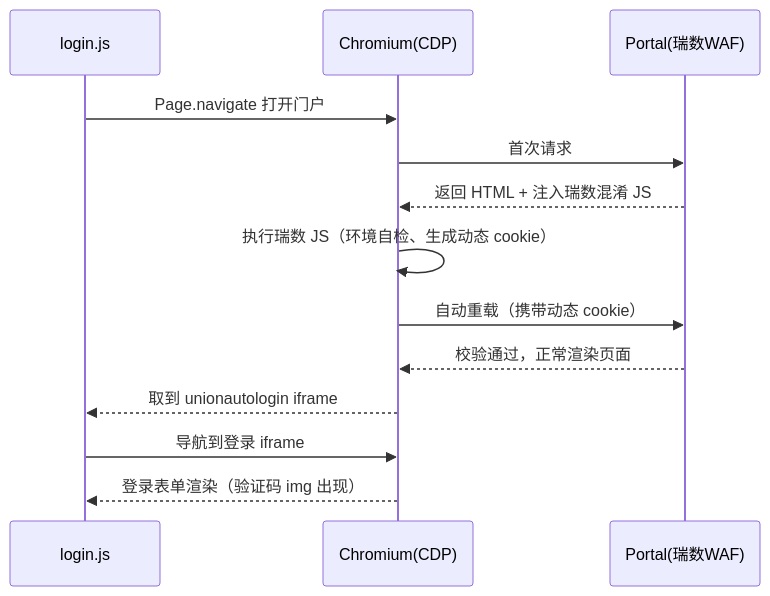
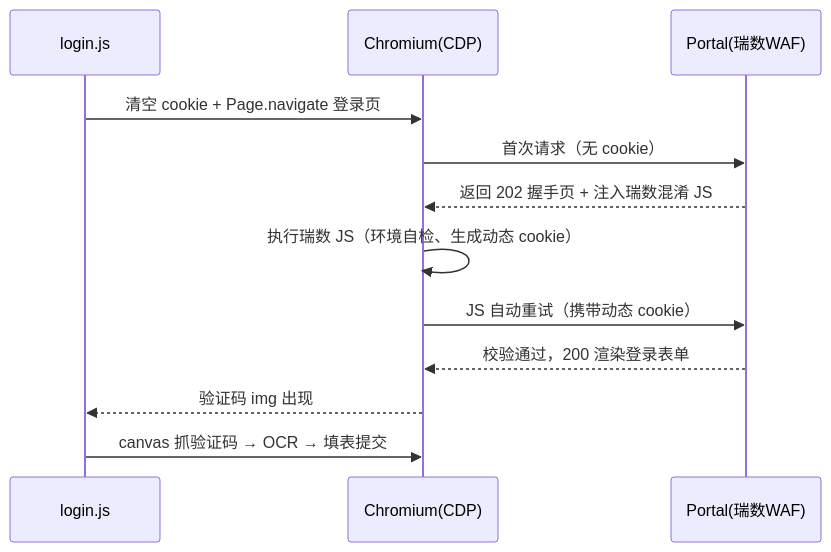
Before and after one commit to MakeBlackSheepGreat/campus-network-auto-login: the third of 4 diagrams in README.md, drawn with Mermaid. The commit also changed other lines of this file and 2 other files, not shown here.

````diff
--- a/README.md
+++ b/README.md
@@ -315,15 +319,14 @@
 ```mermaid
 sequenceDiagram
     participant J as login.js
     participant C as Chromium(CDP)
     participant P as Portal(瑞数WAF)
-    J->>C: Page.navigate 打开门户
-    C->>P: 首次请求
-    P-->>C: 返回 HTML + 注入瑞数混淆 JS
+    J->>C: 清空 cookie + Page.navigate 登录页
+    C->>P: 首次请求（无 cookie）
+    P-->>C: 返回 202 握手页 + 注入瑞数混淆 JS
     C->>C: 执行瑞数 JS（环境自检、生成动态 cookie）
-    C->>P: 自动重载（携带动态 cookie）
-    P-->>C: 校验通过，正常渲染页面
-    C-->>J: 取到 unionautologin iframe
-    J->>C: 导航到登录 iframe
-    C-->>J: 登录表单渲染（验证码 img 出现）
+    C->>P: JS 自动重试（携带动态 cookie）
+    P-->>C: 校验通过，200 渲染登录表单
+    C-->>J: 验证码 img 出现
+    J->>C: canvas 抓验证码 → OCR → 填表提交
 ```
````
